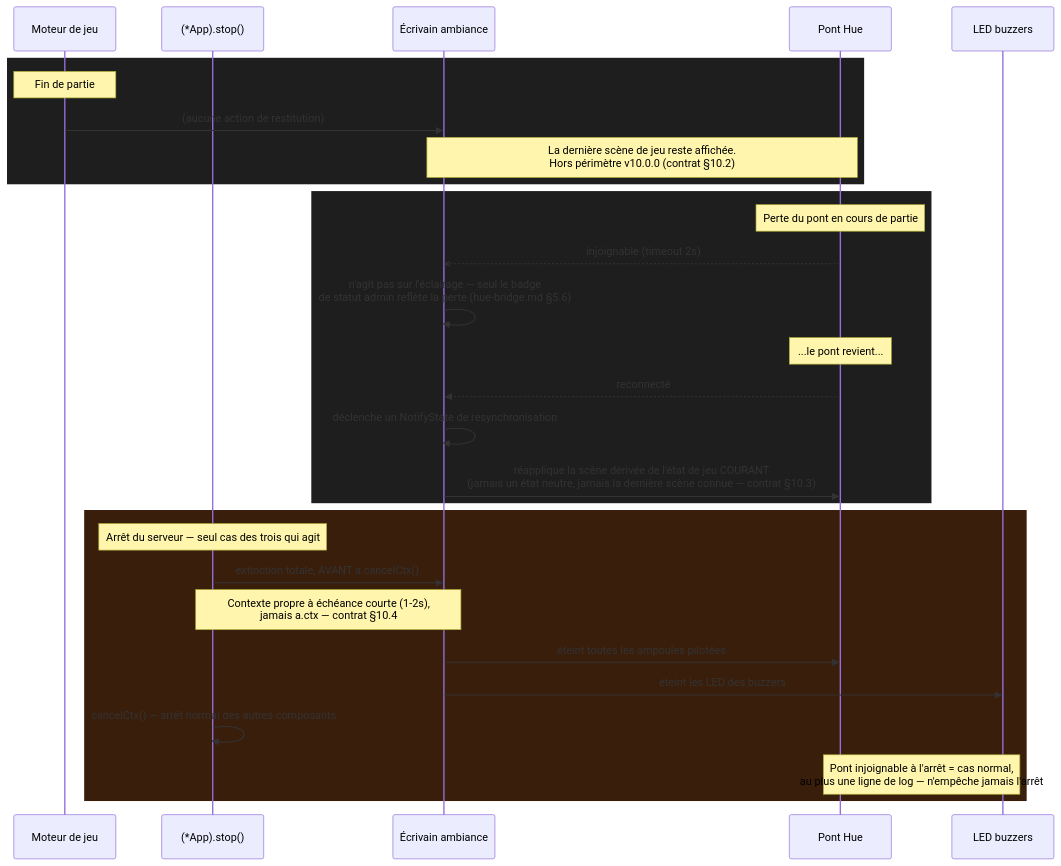
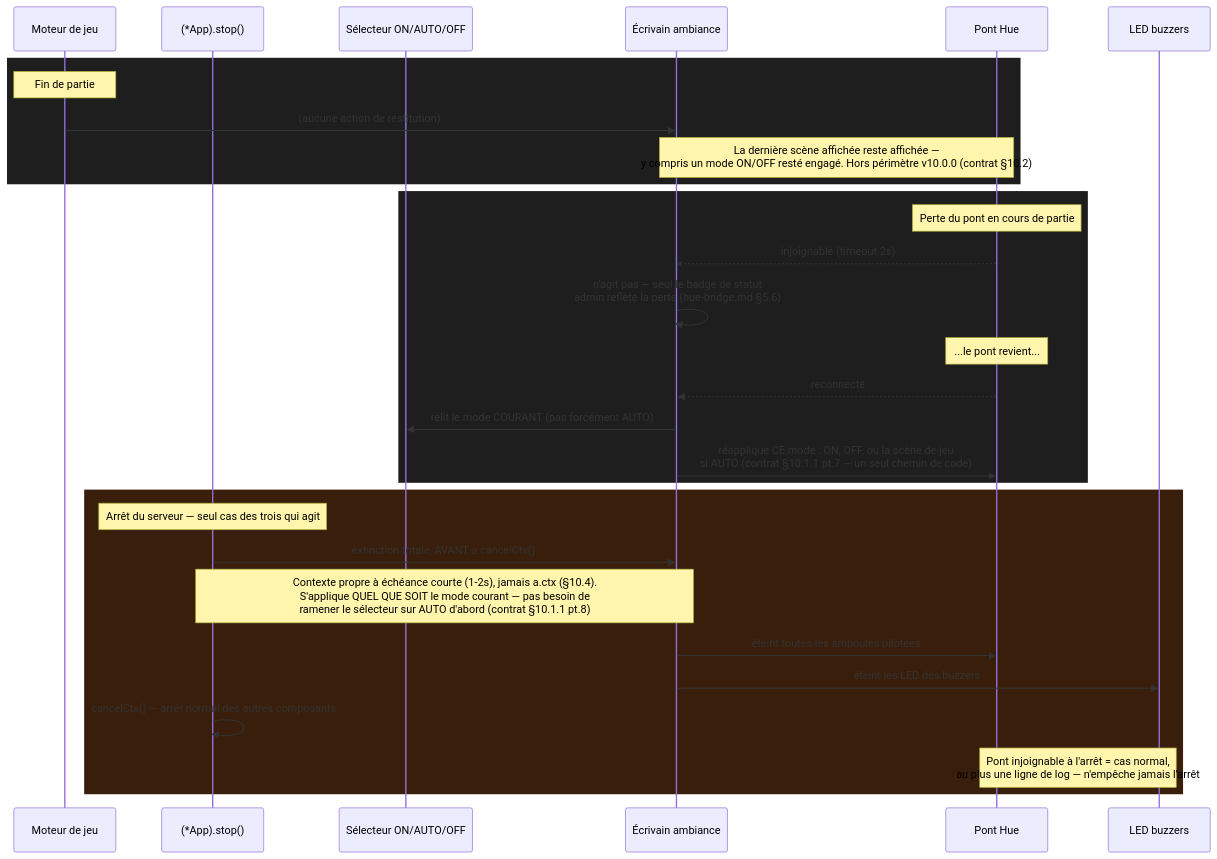
Before and after one commit to CCoupel/BuzzMaster: the third of 3 diagrams in docs/mockups/lighting-priority-208.md, drawn with Mermaid. The commit also changed other lines of this file, not shown here.

````diff
--- a/docs/mockups/lighting-priority-208.md
+++ b/docs/mockups/lighting-priority-208.md
@@ -47,34 +85,35 @@
 ```mermaid
 sequenceDiagram
     participant Game as Moteur de jeu
     participant App as (*App).stop()
+    participant Sel as Sélecteur ON/AUTO/OFF
     participant Writer as Écrivain ambiance
     participant Hue as Pont Hue
     participant Buzz as LED buzzers
 
     rect rgb(30, 30, 30)
     Note over Game: Fin de partie
     Game->>Writer: (aucune action de restitution)
-    Note over Writer,Hue: La dernière scène de jeu reste affichée.<br/>Hors périmètre v10.0.0 (contrat §10.2)
+    Note over Writer,Hue: La dernière scène affichée reste affichée —<br/>y compris un mode ON/OFF resté engagé. Hors périmètre v10.0.0 (contrat §10.2)
     end
 
     rect rgb(30, 30, 30)
     Note over Hue: Perte du pont en cours de partie
     Hue--xWriter: injoignable (timeout 2s)
-    Writer->>Writer: n'agit pas sur l'éclairage — seul le badge<br/>de statut admin reflète la perte (hue-bridge.md §5.6)
+    Writer->>Writer: n'agit pas — seul le badge de statut<br/>admin reflète la perte (hue-bridge.md §5.6)
     Note over Hue: ...le pont revient...
     Hue-->>Writer: reconnecté
-    Writer->>Writer: déclenche un NotifyState de resynchronisation
-    Writer->>Hue: réapplique la scène dérivée de l'état de jeu COURANT<br/>(jamais un état neutre, jamais la dernière scène connue — contrat §10.3)
+    Writer->>Sel: relit le mode COURANT (pas forcément AUTO)
+    Writer->>Hue: réapplique CE mode : ON, OFF, ou la scène de jeu<br/>si AUTO (contrat §10.1.1 pt.7 — un seul chemin de code)
     end
 
     rect rgb(58, 30, 12)
     Note over App: Arrêt du serveur — seul cas des trois qui agit
     App->>Writer: extinction totale, AVANT a.cancelCtx()
-    Note over App,Writer: Contexte propre à échéance courte (1-2s),<br/>jamais a.ctx — contrat §10.4
+    Note over App,Writer: Contexte propre à échéance courte (1-2s), jamais a.ctx (§10.4).<br/>S'applique QUEL QUE SOIT le mode courant — pas besoin de<br/>ramener le sélecteur sur AUTO d'abord (contrat §10.1.1 pt.8)
     Writer->>Hue: éteint toutes les ampoules pilotées
     Writer->>Buzz: éteint les LED des buzzers
     App->>App: cancelCtx() — arrêt normal des autres composants
     Note over Hue,Buzz: Pont injoignable à l'arrêt = cas normal,<br/>au plus une ligne de log — n'empêche jamais l'arrêt
     end
 ```
````
